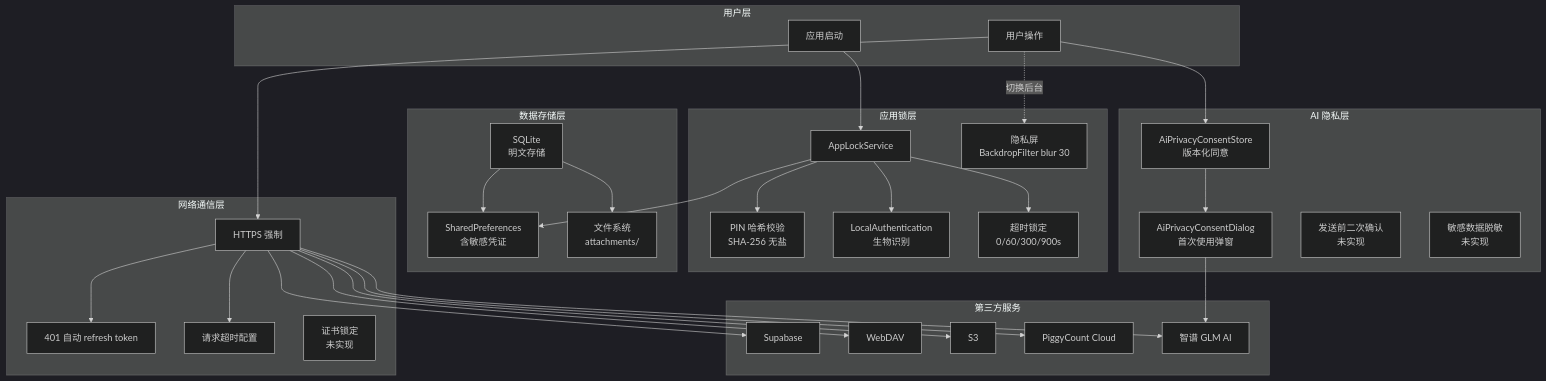
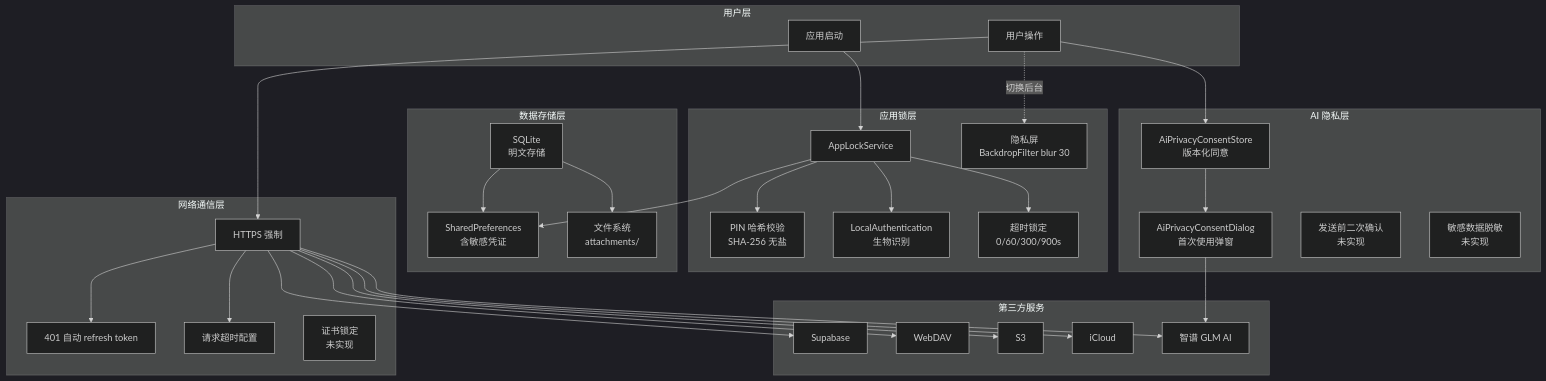
Before and after one commit to mecoren/PiggyCount: the first of 3 diagrams in docoments/12-security.md, drawn with Mermaid (dark theme). The commit also changed other lines of this file and 19 other files, not shown here.

First line of the commit message:
docs: 工程文档与 known-issues 同步至 schema 58 / 快照同步（2026-10-17）

````diff
--- a/docoments/12-security.md
+++ b/docoments/12-security.md
@@ -45,66 +45,66 @@
 ```mermaid
 flowchart TB
     subgraph 用户层
         U1[用户操作]
         U2[应用启动]
     end
 
     subgraph 应用锁层
         L1[AppLockService]
         L2[PIN 哈希校验<br/>SHA-256 无盐]
         L3[LocalAuthentication<br/>生物识别]
         L4[隐私屏<br/>BackdropFilter blur 30]
         L5[超时锁定<br/>0/60/300/900s]
     end
 
     subgraph 数据存储层
         D1[SQLite<br/>明文存储]
         D2[SharedPreferences<br/>含敏感凭证]
         D3[文件系统<br/>attachments/]
     end
 
     subgraph 网络通信层
         N1[HTTPS 强制]
         N2[401 自动 refresh token]
         N3[请求超时配置]
         N4[证书锁定<br/>未实现]
     end
 
     subgraph AI 隐私层
         A1[AiPrivacyConsentStore<br/>版本化同意]
         A2[AiPrivacyConsentDialog<br/>首次使用弹窗]
         A3[发送前二次确认<br/>未实现]
         A4[敏感数据脱敏<br/>未实现]
     end
 
     subgraph 第三方服务
         T1[Supabase]
         T2[WebDAV]
         T3[S3]
-        T4[PiggyCount Cloud]
+        T4[iCloud]
         T5[智谱 GLM AI]
     end
 
     U2 --> L1
     L1 --> L2
     L1 --> L3
     L1 --> L5
     U1 -.切换后台.-> L4
 
     L1 --> D2
     D1 --> D2
     D1 --> D3
 
     U1 --> N1
     N1 --> N2
     N1 --> N3
     N1 --> T1
     N1 --> T2
     N1 --> T3
     N1 --> T4
     N1 --> T5
 
     U1 --> A1
     A1 --> A2
     A2 --> T5
 ```
````
